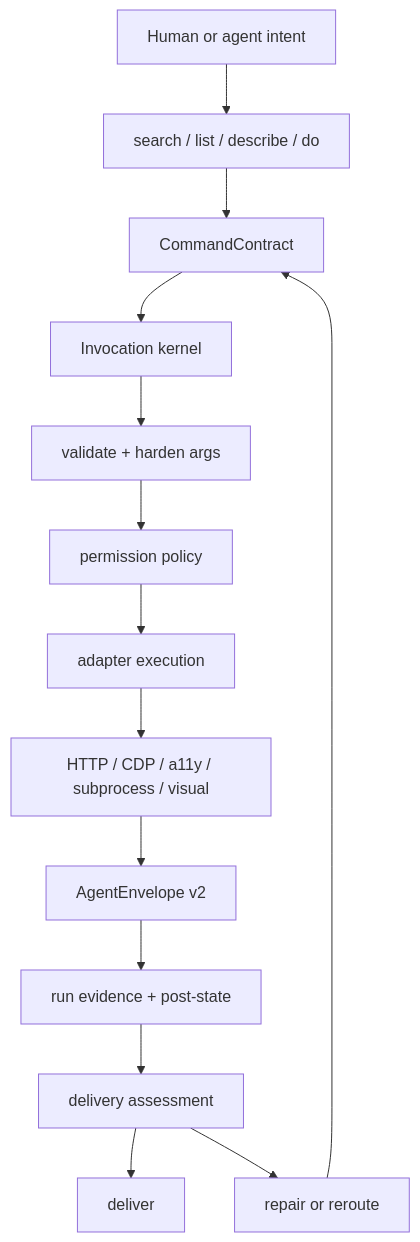
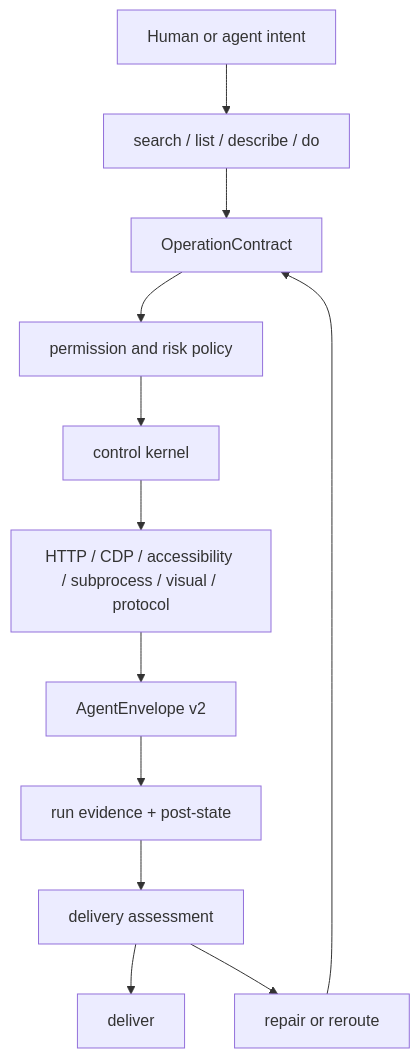
The diagram in docs/ARCHITECTURE.md (olo-dot-io/Uni-CLI), drawn with Mermaid before and after one commit. The commit also changed other lines of this file and 67 other files, not shown here.

````diff
--- a/docs/ARCHITECTURE.md
+++ b/docs/ARCHITECTURE.md
@@ -169,16 +213,14 @@
 ```mermaid
 flowchart TD
   user["Human or agent intent"] --> discover["search / list / describe / do"]
-  discover --> contract["CommandContract"]
-  contract --> kernel["Invocation kernel"]
-  kernel --> validate["validate + harden args"]
-  validate --> policy["permission policy"]
-  policy --> execute["adapter execution"]
-  execute --> transport["HTTP / CDP / a11y / subprocess / visual"]
-  transport --> envelope["AgentEnvelope v2"]
+  discover --> contract["OperationContract"]
+  contract --> policy["permission and risk policy"]
+  policy --> kernel["control kernel"]
+  kernel --> substrate["HTTP / CDP / accessibility / subprocess / visual / protocol"]
+  substrate --> envelope["AgentEnvelope v2"]
   envelope --> evidence["run evidence + post-state"]
   evidence --> delivery["delivery assessment"]
   delivery --> done["deliver"]
   delivery --> repair["repair or reroute"]
   repair --> contract
 ```
````
